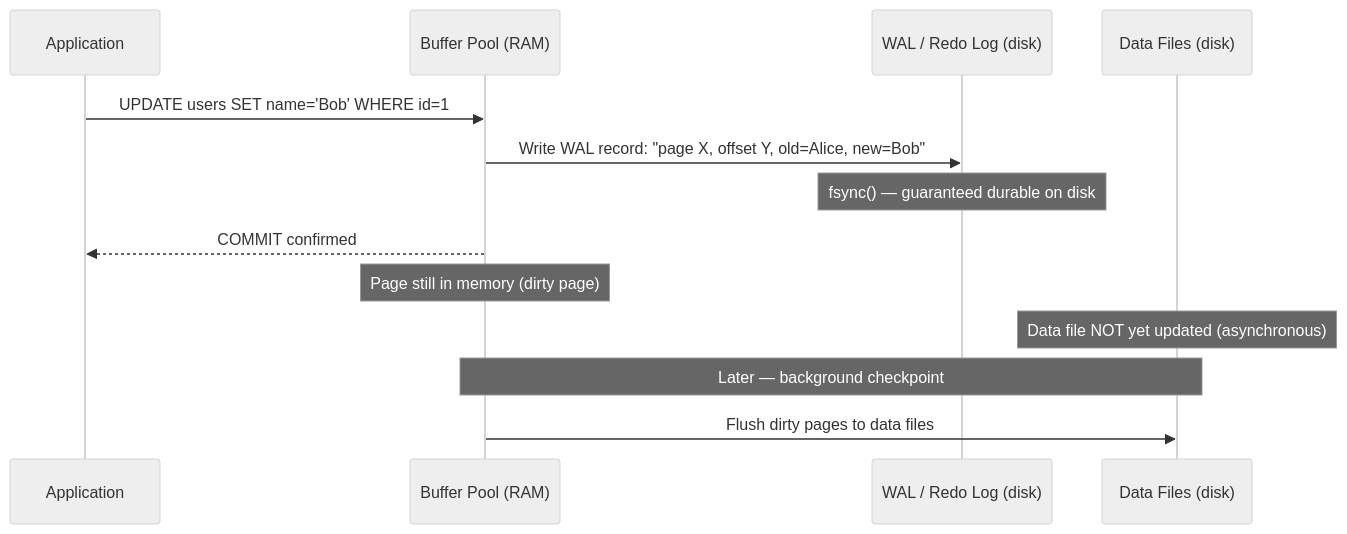
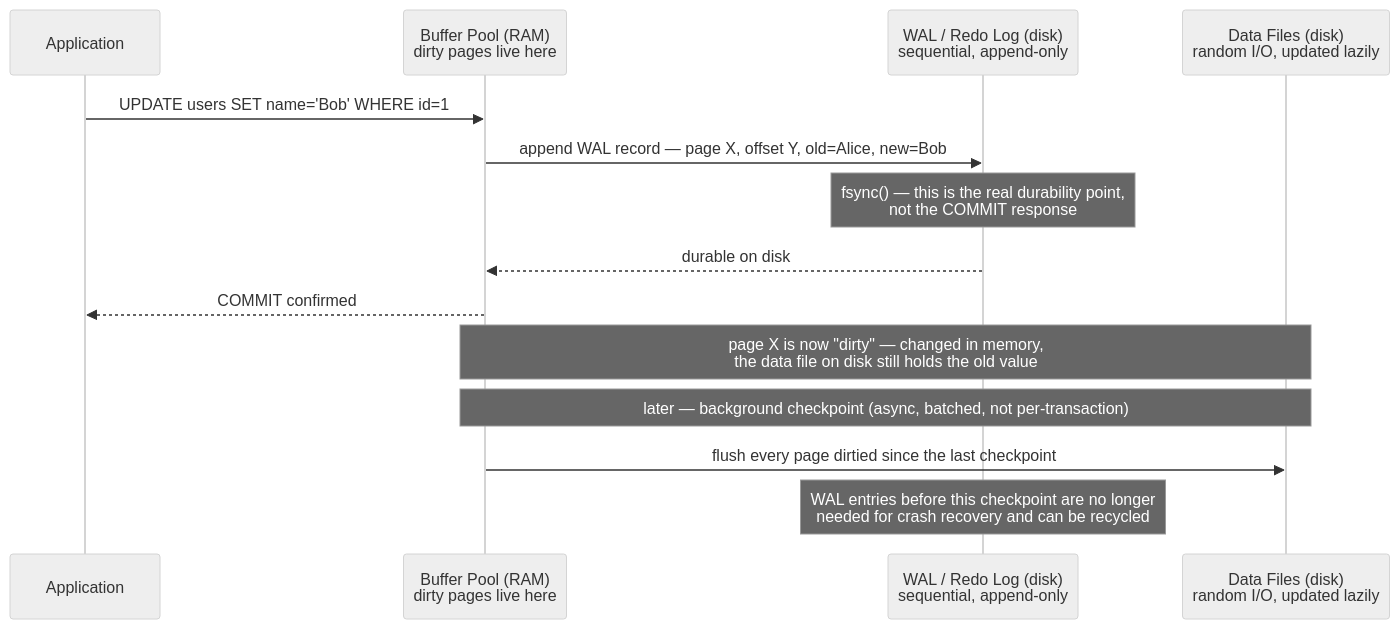
Before and after one commit to deepanshu-rawat6/DevOpsIndex: the first of 2 diagrams in databases/README.md, drawn with Mermaid (neutral theme). The commit also changed other lines of this file and 7 other files, not shown here.

````diff
--- a/databases/README.md
+++ b/databases/README.md
@@ -26,17 +31,18 @@
 ```mermaid
 sequenceDiagram
     participant APP as Application
-    participant BUF as Buffer Pool (RAM)
-    participant WAL as WAL / Redo Log (disk)
-    participant DATA as Data Files (disk)
+    participant BUF as Buffer Pool (RAM)<br/>dirty pages live here
+    participant WAL as WAL / Redo Log (disk)<br/>sequential, append-only
+    participant DATA as Data Files (disk)<br/>random I/O, updated lazily
 
     APP->>BUF: UPDATE users SET name='Bob' WHERE id=1
-    BUF->>WAL: Write WAL record: "page X, offset Y, old=Alice, new=Bob"
-    Note over WAL: fsync() — guaranteed durable on disk
+    BUF->>WAL: append WAL record — page X, offset Y, old=Alice, new=Bob
+    Note over WAL: fsync() — this is the real durability point,<br/>not the COMMIT response
+    WAL-->>BUF: durable on disk
     BUF-->>APP: COMMIT confirmed
-    Note over BUF: Page still in memory (dirty page)
-    Note over DATA: Data file NOT yet updated (asynchronous)
+    Note over BUF,DATA: page X is now "dirty" — changed in memory,<br/>the data file on disk still holds the old value
 
-    Note over BUF,DATA: Later — background checkpoint
-    BUF->>DATA: Flush dirty pages to data files
+    Note over BUF,DATA: later — background checkpoint (async, batched, not per-transaction)
+    BUF->>DATA: flush every page dirtied since the last checkpoint
+    Note over WAL: WAL entries before this checkpoint are no longer<br/>needed for crash recovery and can be recycled
 ```
````
